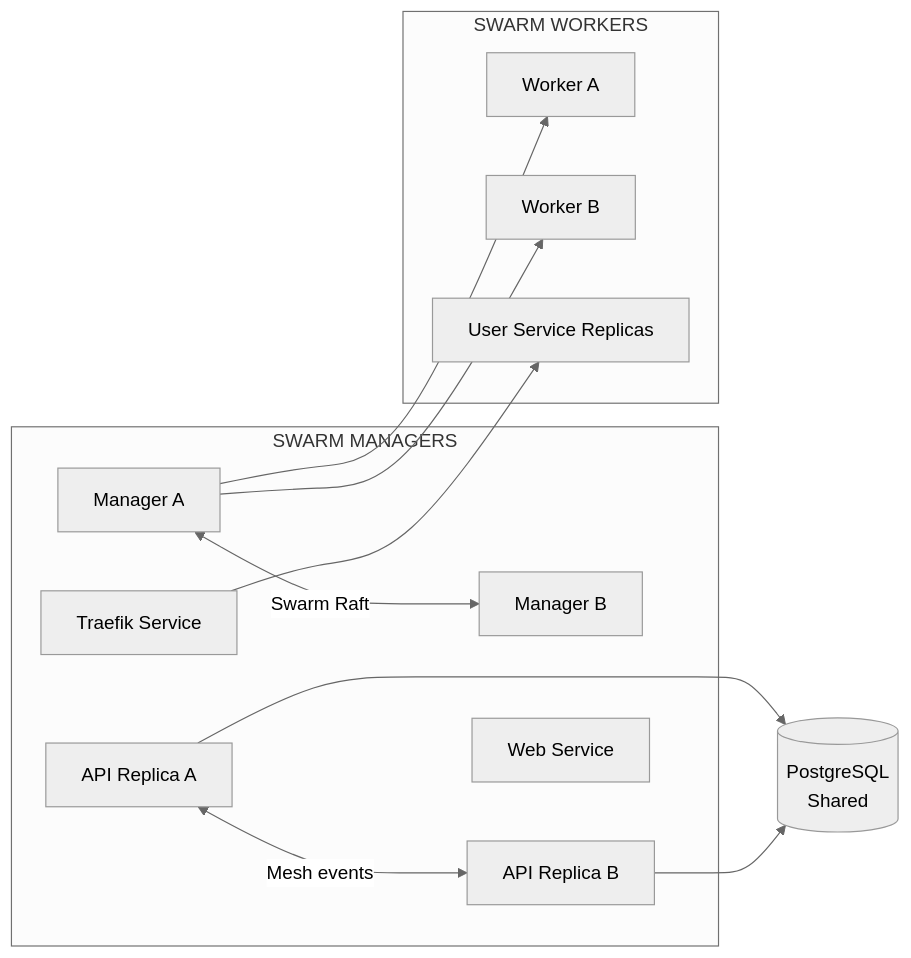
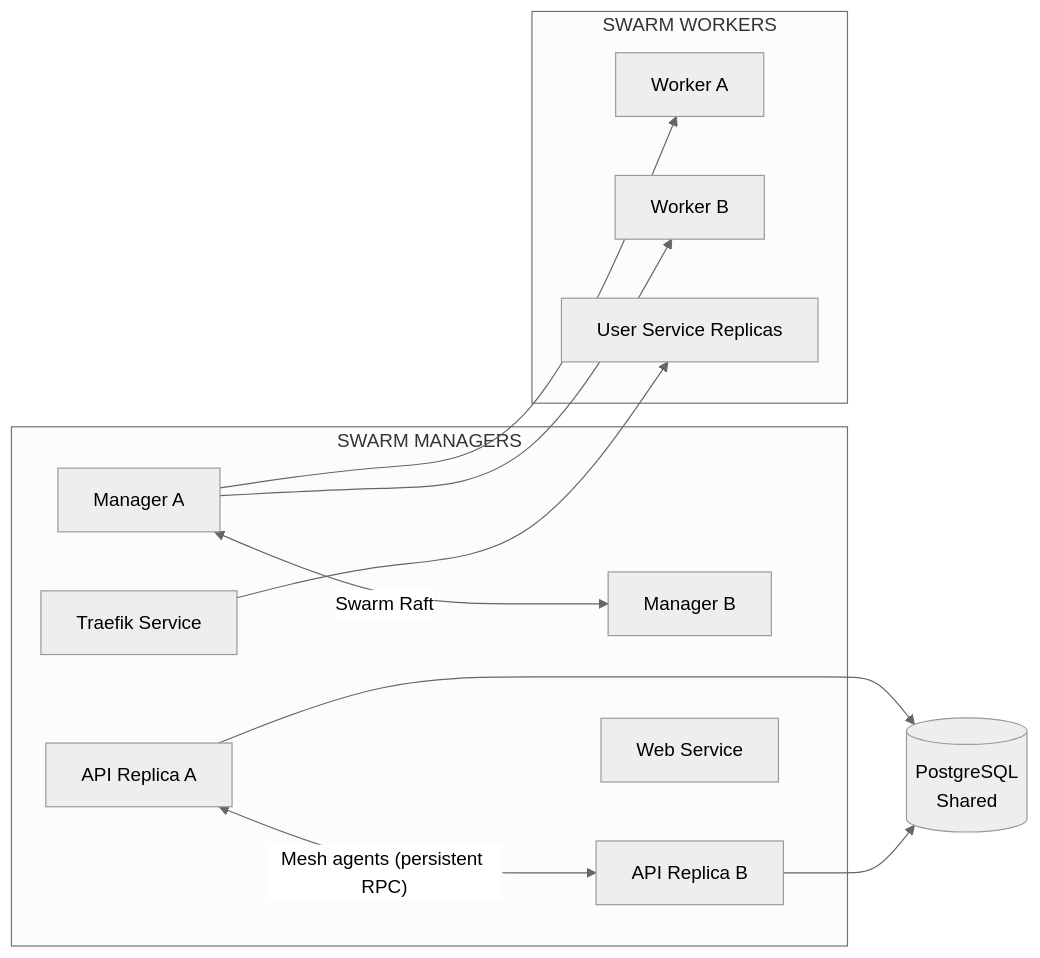
One commit to N0SAFE/deployer changed the second of 2 diagrams in apps/doc/content/docs/architecture/architecture.mdx. Above: the diagram before and after it, drawn with Mermaid (neutral theme). The commit also changed other lines of this file and 8 other files, not shown here.

````diff
--- a/apps/doc/content/docs/architecture/architecture.mdx
+++ b/apps/doc/content/docs/architecture/architecture.mdx
@@ -74,27 +74,27 @@
 ```mermaid
 graph LR
 	subgraph "SWARM MANAGERS"
 		M1["Manager A"]
 		M2["Manager B"]
 		Tr["Traefik Service"]
 		ApiA["API Replica A"]
 		ApiB["API Replica B"]
 		Web["Web Service"]
 	end
 
 	subgraph "SWARM WORKERS"
 		W1["Worker A"]
 		W2["Worker B"]
 		App["User Service Replicas"]
 	end
 
 	PG[("PostgreSQL\nShared")]
 
 	M1 <-->|"Swarm Raft"| M2
 	M1 --> W1
 	M1 --> W2
 	Tr --> App
-	ApiA <-->|"Mesh events"| ApiB
+	ApiA <-->|"Mesh agents (persistent RPC)"| ApiB
 	ApiA --> PG
 	ApiB --> PG
 ```
````
